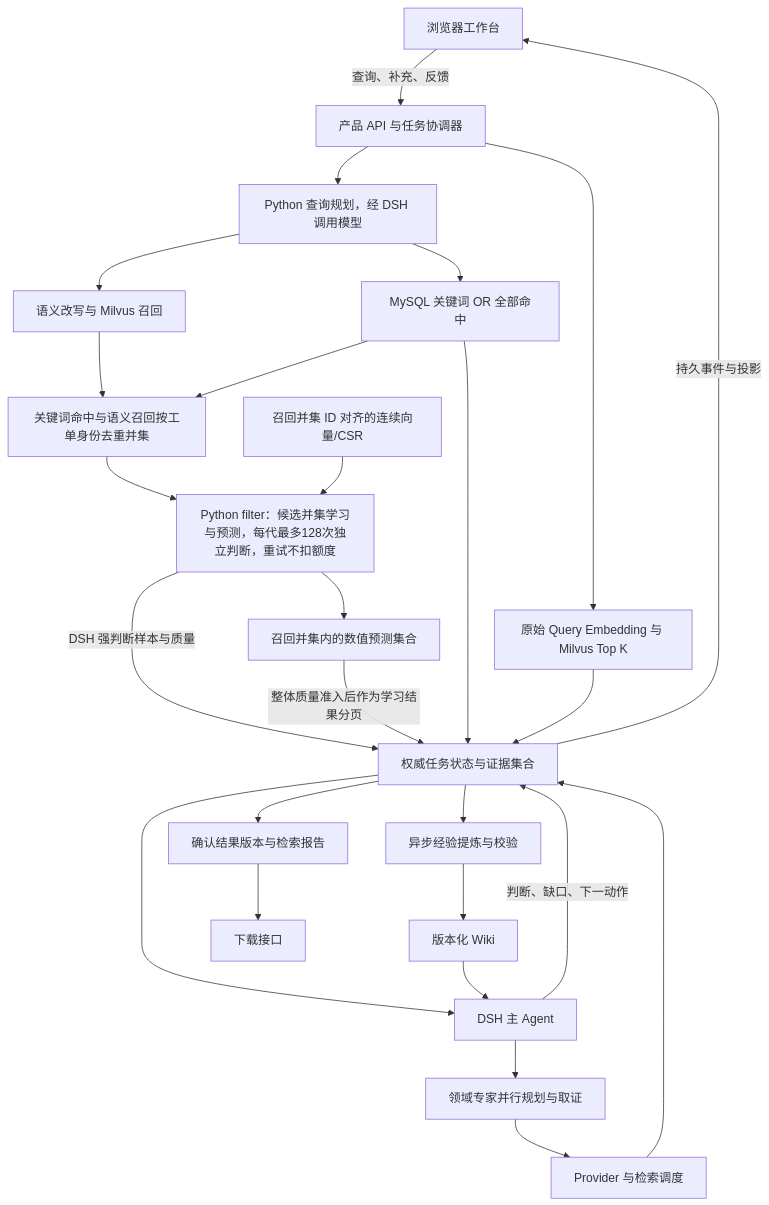
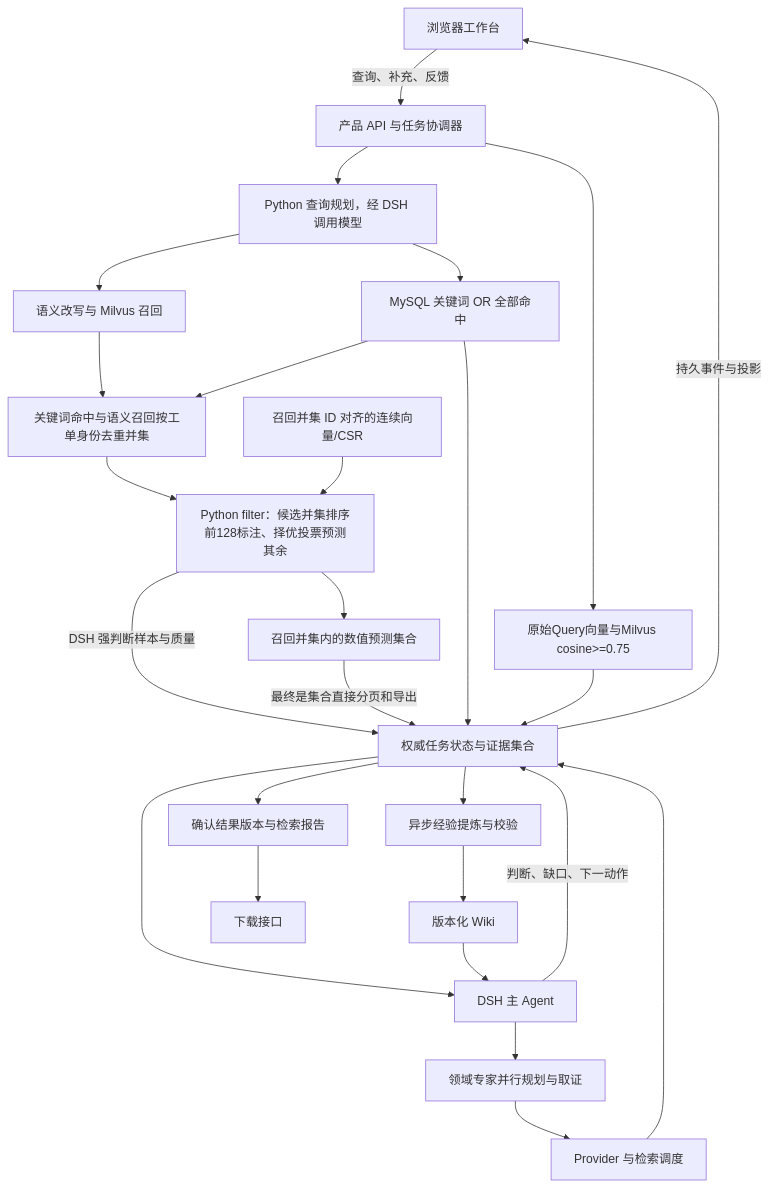
One commit to Merak-Wang/CaseWeave changed the diagram in docs/ARCHITECTURE.md. Above: the diagram before and after it, drawn with Mermaid. The commit also changed other lines of this file and 263 other files, not shown here.

````diff
--- a/docs/ARCHITECTURE.md
+++ b/docs/ARCHITECTURE.md
@@ -13,28 +13,28 @@
 ```mermaid
 flowchart TD
   U[浏览器工作台] -->|查询、补充、反馈| API[产品 API 与任务协调器]
   API --> Q[Python 查询规划，经 DSH 调用模型]
-  API --> V[原始 Query Embedding 与 Milvus Top K]
+  API --> V[原始Query向量与Milvus cosine>=0.75]
   Q --> K[MySQL 关键词 OR 全部命中]
   Q --> V2[语义改写与 Milvus 召回]
   V2 --> C[关键词命中与语义召回按工单身份去重并集]
   K --> C
-  C --> O[Python filter：候选并集学习与预测，每代最多128次独立判断，重试不扣额度]
+  C --> O[Python filter：候选并集排序前128标注、择优投票预测其余]
   F[召回并集 ID 对齐的连续向量/CSR] --> O
   O -->|DSH 强判断样本与质量| S
   O --> M[召回并集内的数值预测集合]
-  M -->|整体质量准入后作为学习结果分页| S
+  M -->|最终是集合直接分页和导出| S
   K --> S[权威任务状态与证据集合]
   V --> S
   S --> A[DSH 主 Agent]
   W[版本化 Wiki] --> A
   A --> E[领域专家并行规划与取证]
   E --> P[Provider 与检索调度]
   P --> S
   A -->|判断、缺口、下一动作| S
   S -->|持久事件与投影| U
   S --> R[确认结果版本与检索报告]
   R --> D[下载接口]
   S --> L[异步经验提炼与校验]
   L --> W
 ```
````
